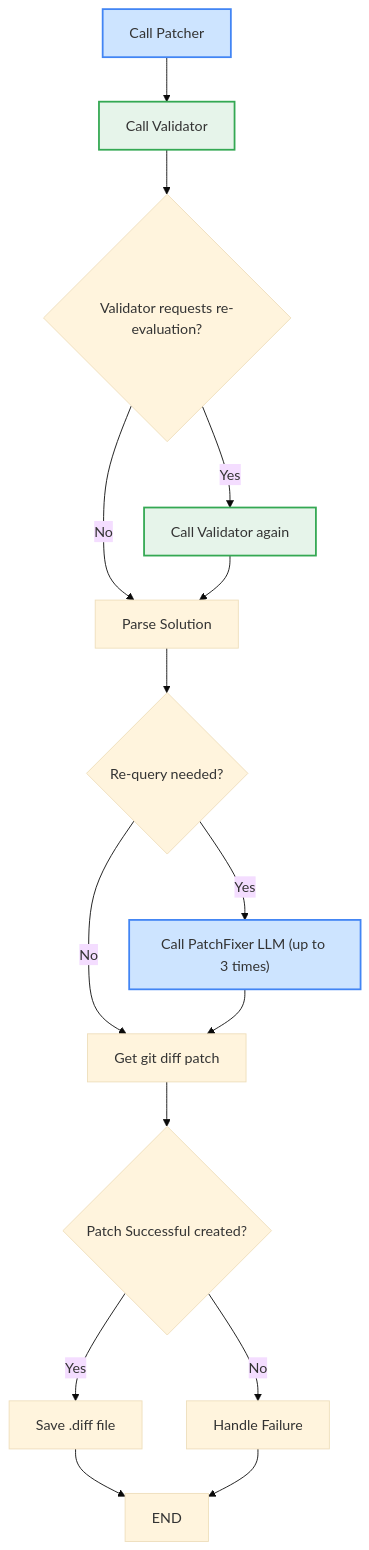
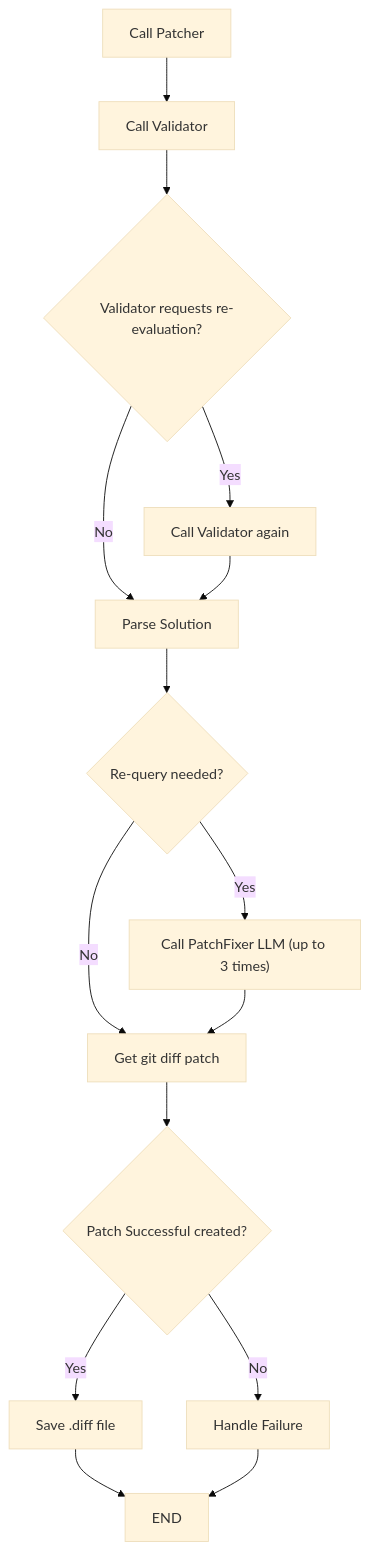
One commit to JudiniLabs/codegpt-swe-bench changed the first of 2 diagrams in README.md. Above: the diagram before and after it, drawn with Mermaid (base theme).

````diff
--- a/README.md
+++ b/README.md
@@ -106,27 +106,22 @@
 ```mermaid
 graph TD
 
 
         G["Call Patcher"] --> H["Call Validator"];
         H --> I{Validator requests re-evaluation?};
         I -- Yes --> J["Call Validator again"];
         I -- No --> K[Parse Solution];
         J --> K;
 
         K --> L{Re-query needed?};
         L -- Yes --> M["Call PatchFixer LLM (up to 3 times)"];
         L -- No --> N[Get git diff patch ];
         M --> N;
 
         N --> O{Patch Successful created?};
         O -- Yes --> P[Save .diff file];
         O -- No --> Q[Handle Failure];
         P --> Z;
         Q --> Z[END];
 
-    %% Styling to highlight LLM calls
-    style G fill:#cde4ff,stroke:#4285F4,stroke-width:2px
-    style H fill:#e6f4ea,stroke:#34A853,stroke-width:2px
-    style J fill:#e6f4ea,stroke:#34A853,stroke-width:2px
-    style M fill:#cde4ff,stroke:#4285F4,stroke-width:2px
 ```
````
